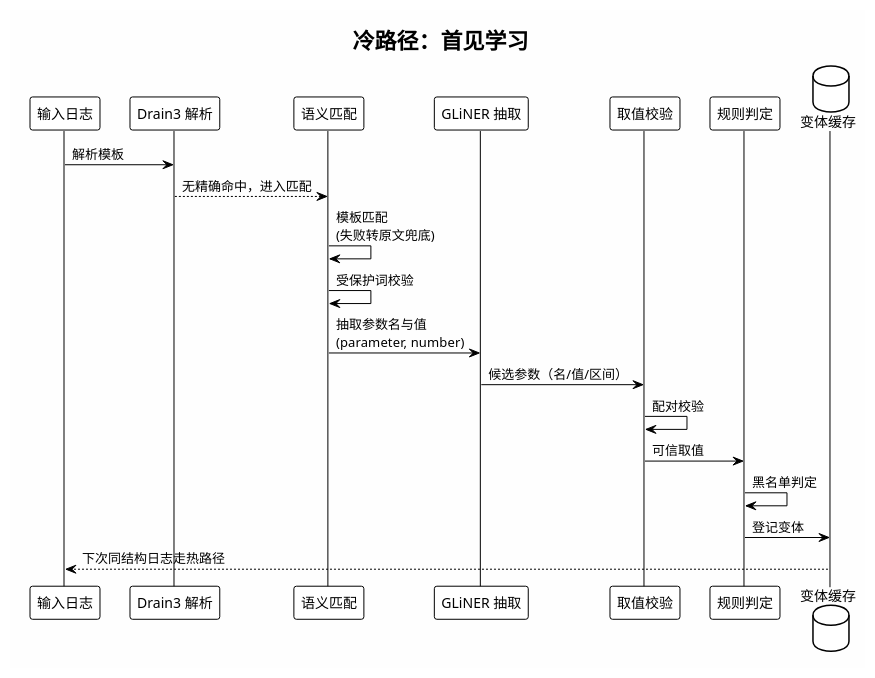
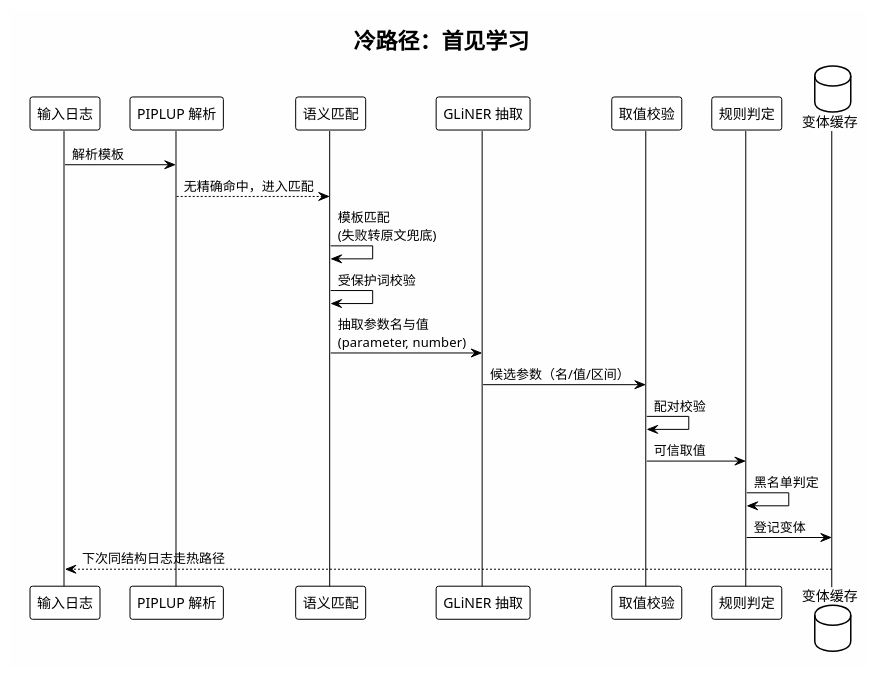
The sixth of 13 diagrams in LogNet3.0方案设计与实现文档.md (HouMonKy/TIG-PIPLUP), drawn with PlantUML before and after one commit. The commit also changed other lines of this file, not shown here.

Commit message:
docs: 技术点二对齐 PIPLUP 替换——时序图/模块表/输入示例/盲区说明改为 PIPLUP 表述（预处理前置首见即泛化、分支模板、drain_template→template）；'Drain 过度泛化'盲区案例移除（PIPLUP 不吞参数名），保留多字段稀释单盲区；端到端步骤 1 改 PIPLUP 解析

````diff
--- a/LogNet3.0方案设计与实现文档.md
+++ b/LogNet3.0方案设计与实现文档.md
@@ -501,30 +501,30 @@
 ```plantuml
 @startuml Parameter_Cold_Sequence
 !theme plain
 skinparam backgroundColor #FEFEFE
 skinparam shadowing false
 
 title 冷路径：首见学习
 
 participant "输入日志" as Log
-participant "Drain3 解析" as Drain
+participant "PIPLUP 解析" as Parse
 participant "语义匹配" as Match
 participant "GLiNER 抽取" as GLiNER
 participant "取值校验" as Guard
 participant "规则判定" as Rule
 database "变体缓存" as Store
 
-Log -> Drain: 解析模板
-Drain --> Match: 无精确命中，进入匹配
+Log -> Parse: 解析模板
+Parse --> Match: 无精确命中，进入匹配
 Match -> Match: 模板匹配\n(失败转原文兜底)
 Match -> Match: 受保护词校验
 Match -> GLiNER: 抽取参数名与值\n(parameter, number)
 GLiNER -> Guard: 候选参数（名/值/区间）
 Guard -> Guard: 配对校验
 Guard -> Rule: 可信取值
 Rule -> Rule: 黑名单判定
 Rule -> Store: 登记变体
 Store --> Log: 下次同结构日志走热路径
 
 @enduml
 ```
````
